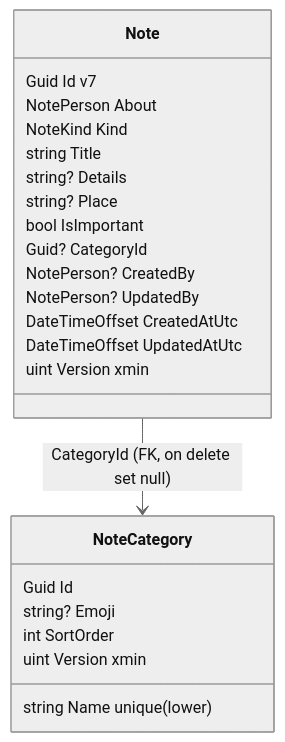
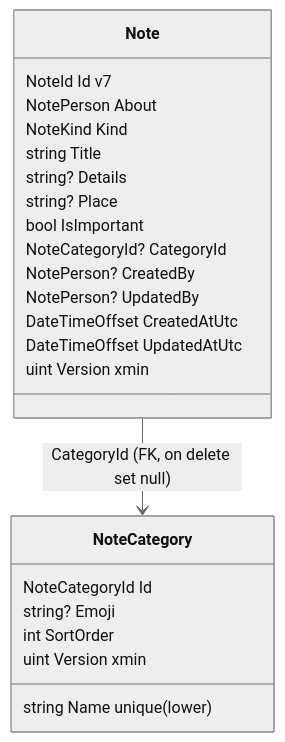
One commit to Weretik/home-app changed the diagram in api/docs/modules/notes.md. Above: the diagram before and after it, drawn with Mermaid (neutral theme). The commit also changed 219 other files, not shown here.

````diff
--- a/api/docs/modules/notes.md
+++ b/api/docs/modules/notes.md
@@ -14,26 +14,26 @@
 ```mermaid
 classDiagram
     class Note {
-        Guid Id  v7
+        NoteId Id  v7
         NotePerson About
         NoteKind Kind
         string Title
         string? Details
         string? Place
         bool IsImportant
-        Guid? CategoryId
+        NoteCategoryId? CategoryId
         NotePerson? CreatedBy
         NotePerson? UpdatedBy
         DateTimeOffset CreatedAtUtc
         DateTimeOffset UpdatedAtUtc
         uint Version  xmin
     }
     class NoteCategory {
-        Guid Id
+        NoteCategoryId Id
         string Name  unique (lower)
         string? Emoji
         int SortOrder
         uint Version  xmin
     }
     Note --> NoteCategory : CategoryId (FK, on delete set null)
 ```
````
